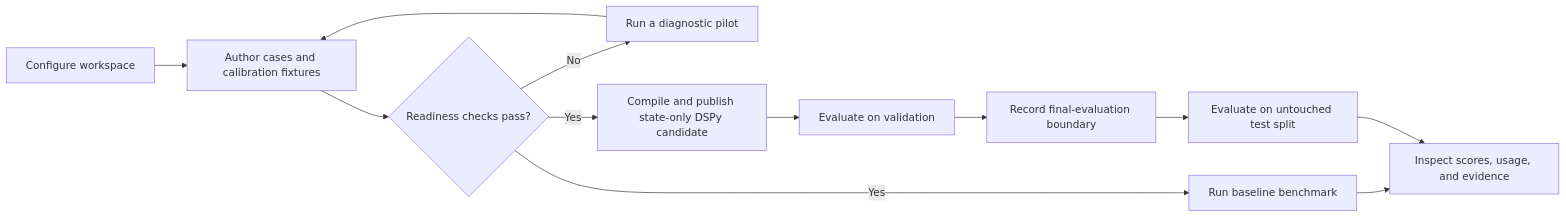
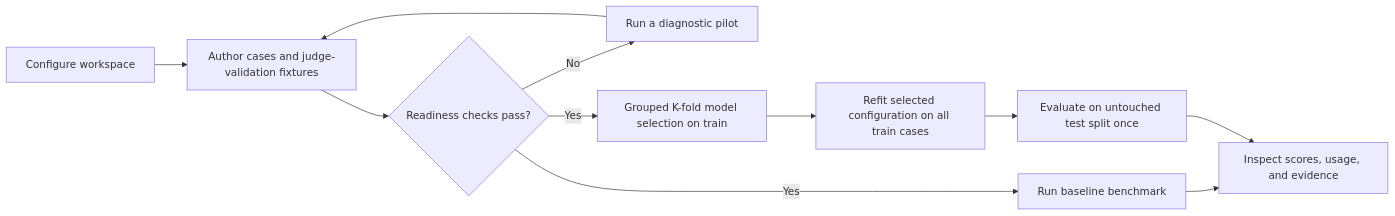
One commit to mainsequence-sdk/repo-agent-eval changed the diagram in docs/index.md. Above: the diagram before and after it, drawn with Mermaid. The commit also changed other lines of this file and 1883 other files, not shown here.

````diff
--- a/docs/index.md
+++ b/docs/index.md
@@ -10,14 +10,13 @@
 ```mermaid
 flowchart LR
-    Setup[Configure workspace] --> Author[Author cases and calibration fixtures]
+    Setup[Configure workspace] --> Author[Author cases and judge-validation fixtures]
     Author --> Validate{Readiness checks pass?}
     Validate -->|No| Pilot[Run a diagnostic pilot]
     Pilot --> Author
     Validate -->|Yes| Baseline[Run baseline benchmark]
-    Validate -->|Yes| Optimize[Compile and publish state-only DSPy candidate]
-    Optimize --> Validation[Evaluate on validation]
-    Validation --> Release[Record final-evaluation boundary]
-    Release --> Test[Evaluate on untouched test split]
+    Validate -->|Yes| Optimize[Grouped K-fold model selection on train]
+    Optimize --> Refit[Refit selected configuration on all train cases]
+    Refit --> Test[Evaluate on untouched test split once]
     Baseline --> Results[Inspect scores, usage, and evidence]
     Test --> Results
 ```
````
